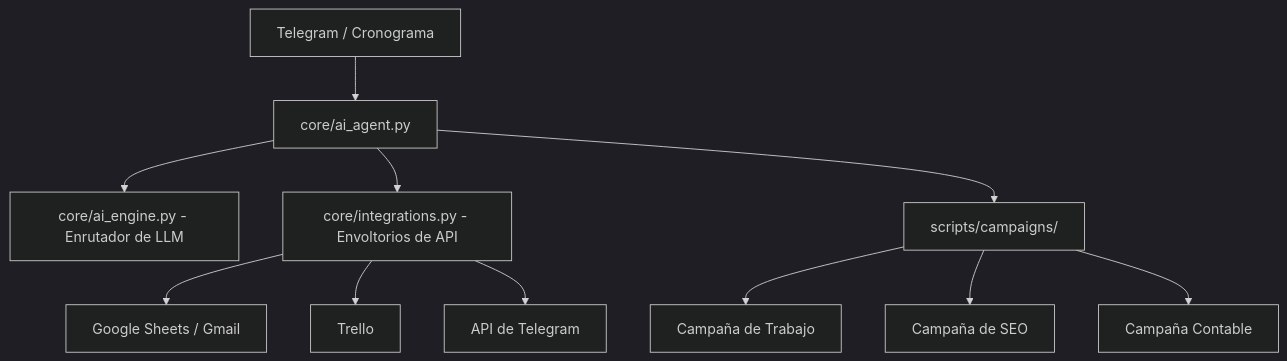
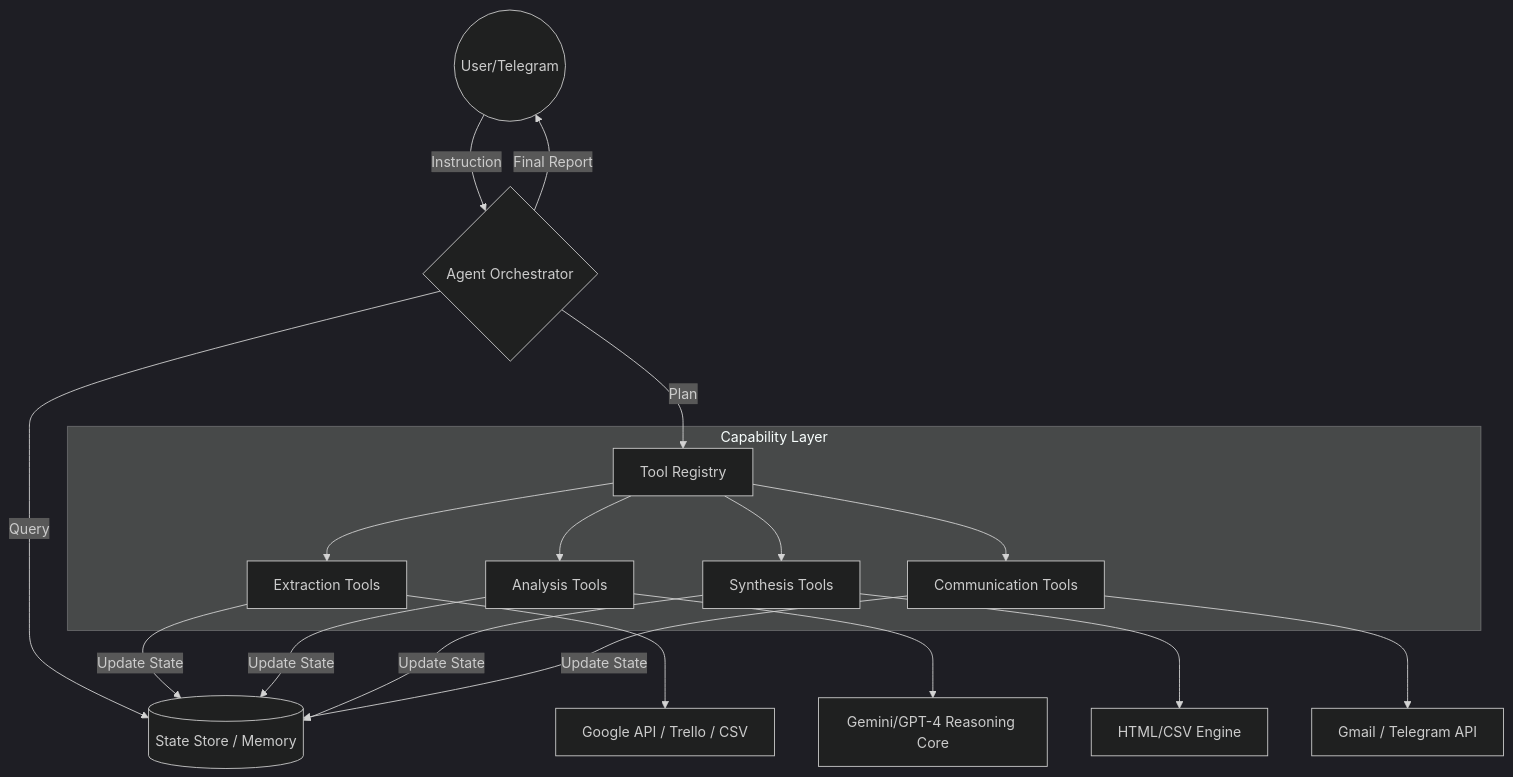
Before and after one commit to selvaggiesteban/AI_Agent: the diagram in README.md, drawn with Mermaid (dark theme). The commit also changed other lines of this file and 1058 other files, not shown here.

Commit message:
Feature: Transition to SOTA Agentic Architecture and Repository Cleanup

````diff
--- a/README.md
+++ b/README.md
@@ -97,13 +16,21 @@
 ```mermaid
 graph TD
-    A[Telegram / Cronograma] --> B[core/ai_agent.py]
-    B --> C[core/ai_engine.py - Enrutador de LLM]
-    B --> D[core/integrations.py - Envoltorios de API]
-    D --> E[Google Sheets / Gmail]
-    D --> F[Trello]
-    D --> G[API de Telegram]
-    B --> H[scripts/campaigns/]
-    H --> I[Campaña de Trabajo]
-    H --> J[Campaña de SEO]
-    H --> K[Campaña Contable]
+    User((User/Telegram)) -->|Instruction| Orchestrator{Agent Orchestrator}
+    Orchestrator -->|Query| StateStore[(State Store / Memory)]
+    Orchestrator -->|Plan| ToolRegistry[Tool Registry]
+    
+    subgraph Capability Layer
+        ToolRegistry --> T1[Extraction Tools]
+        ToolRegistry --> T2[Analysis Tools]
+        ToolRegistry --> T3[Synthesis Tools]
+        ToolRegistry --> T4[Communication Tools]
+    end
+    
+    T1 --> External[Google API / Trello / CSV]
+    T2 --> LLM[Gemini/GPT-4 Reasoning Core]
+    T3 --> HTML[HTML/CSV Engine]
+    T4 --> Gmail[Gmail / Telegram API]
+    
+    T1 & T2 & T3 & T4 -->|Update State| StateStore
+    Orchestrator -->|Final Report| User
 ```
````
